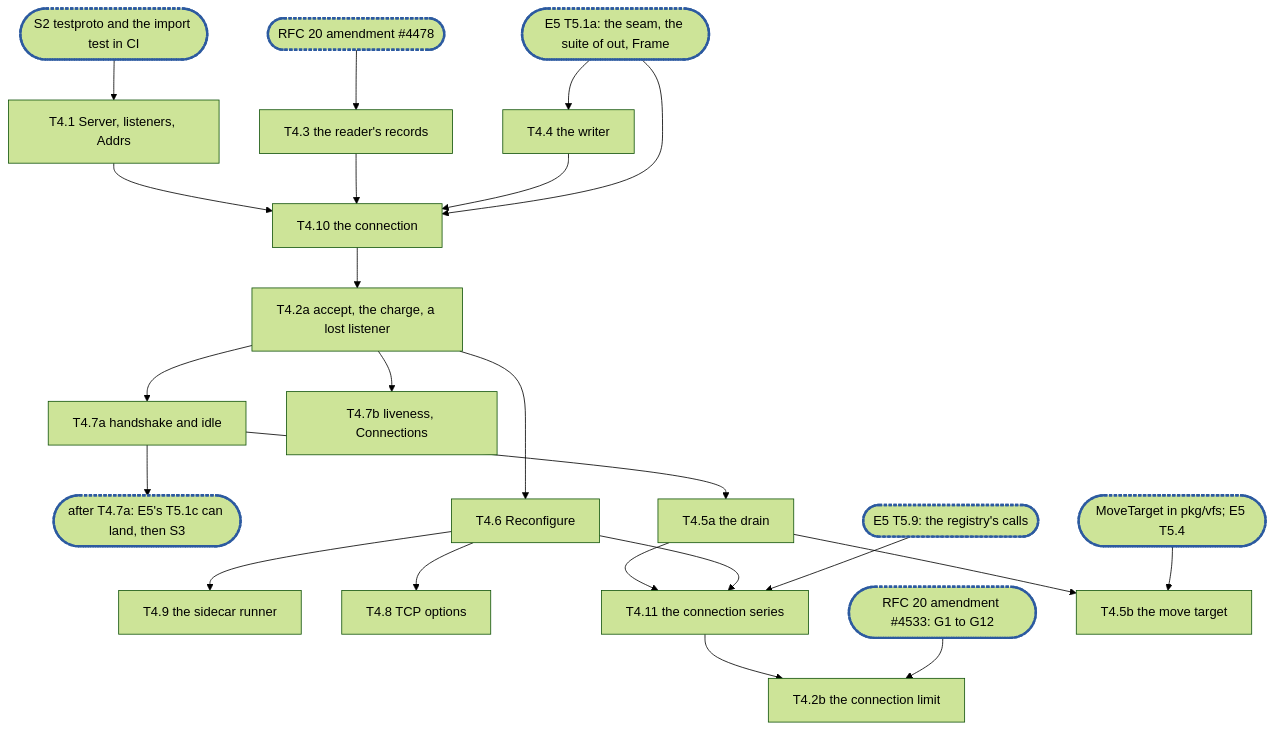
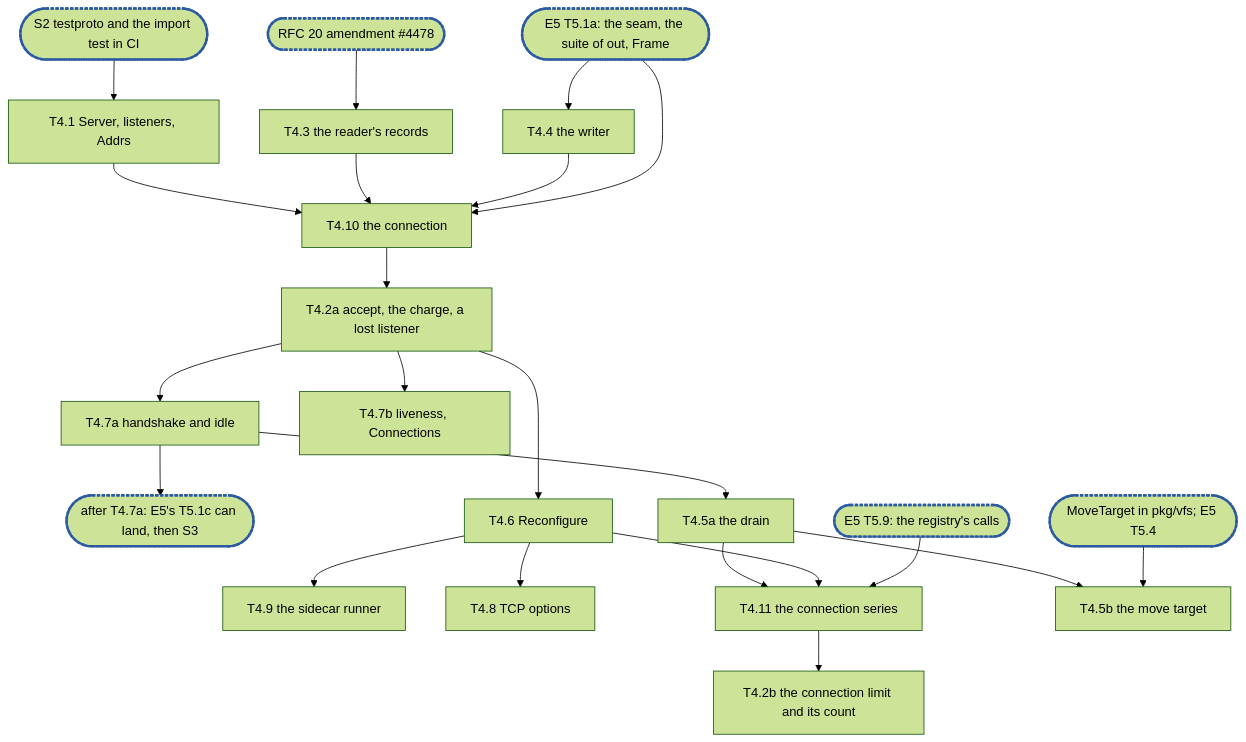
One commit to cubbit/dittofs changed the diagram in docs/internals/planning/rfc-20-adapters-epic4.md. Above: the diagram before and after it, drawn with Mermaid (forest theme). The commit also changed other lines of this file, not shown here.

First line of the commit message:
docs(planning): epic 4 folds Victor's review: the deadline's wake, the 2 s clearing, ConnLimit

````diff
--- a/docs/internals/planning/rfc-20-adapters-epic4.md
+++ b/docs/internals/planning/rfc-20-adapters-epic4.md
@@ -879,26 +989,25 @@
 ```mermaid
 flowchart TD
   S2(["S2 testproto and the import test in CI"]):::sync --> T4_1["T4.1 Server, listeners, Addrs"]
   A(["RFC 20 amendment #4478"]):::sync --> T4_3["T4.3 the reader's records"]
   T5_1a(["E5 T5.1a: the seam, the suite of out, Frame"]):::sync --> T4_4["T4.4 the writer"]
   T4_1 --> T4_10["T4.10 the connection"]
   T4_3 --> T4_10
   T4_4 --> T4_10
   T5_1a --> T4_10
   T4_10 --> T4_2a["T4.2a accept, the charge, a lost listener"]
   T4_2a --> T4_7a["T4.7a handshake and idle"]
   T4_7a --> C1(["after T4.7a: E5's T5.1c can land, then S3"]):::sync
   T4_7a --> T4_5a["T4.5a the drain"]
   T4_2a --> T4_6["T4.6 Reconfigure"]
   T4_2a --> T4_7b["T4.7b liveness, Connections"]
   T4_6 --> T4_9["T4.9 the sidecar runner"]
   T4_6 --> T4_8["T4.8 TCP options"]
   T4_5a --> T4_11["T4.11 the connection series"]
   T4_6 --> T4_11
   T5_9(["E5 T5.9: the registry's calls"]):::sync --> T4_11
-  T4_11 --> T4_2b["T4.2b the connection limit"]
-  G1(["RFC 20 amendment #4533: G1 to G12"]):::sync --> T4_2b
+  T4_11 --> T4_2b["T4.2b the connection limit and its count"]
   T4_5a --> T4_5b["T4.5b the move target"]
   MT(["MoveTarget in pkg/vfs; E5 T5.4"]):::sync --> T4_5b
   classDef sync stroke:#2c5aa0,stroke-width:3px,stroke-dasharray:4 2
 ```
````
